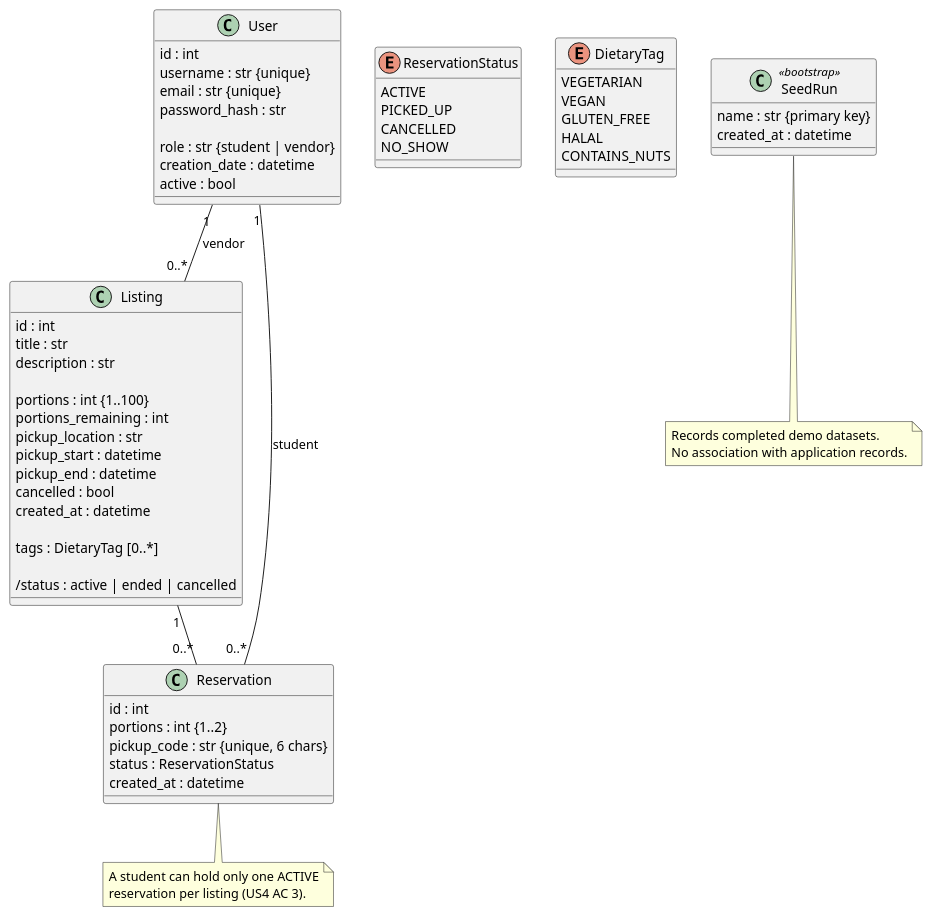
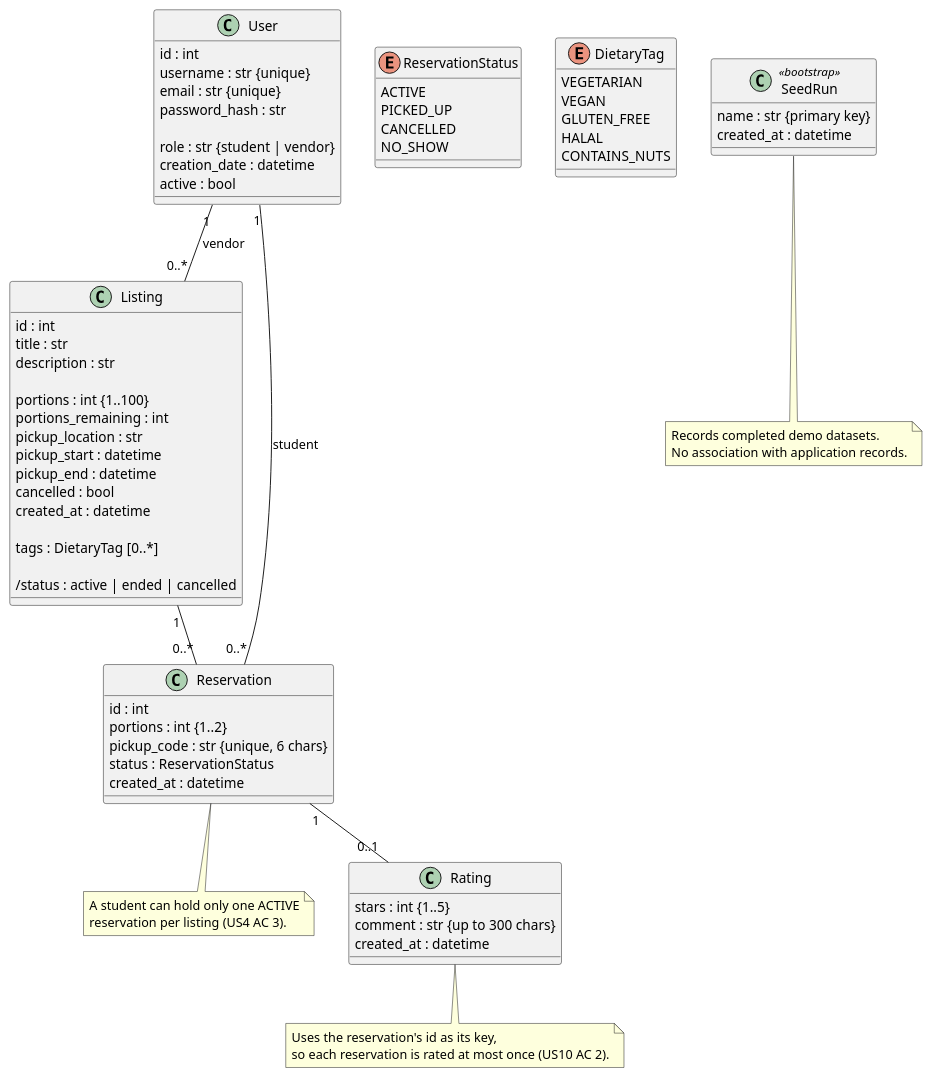
One commit to xsoul279/TeamLeftOutCampusEats changed the diagram in uml/class.wsd. Above: the diagram before and after it, drawn with PlantUML.

Commit message:
Add Rating to the class diagram for US10

```diff
--- a/uml/class.wsd
+++ b/uml/class.wsd
@@ -1,93 +1,109 @@
 @startuml class
 
 ' ========== KEY ==========
 ' Numbers on the lines (how many):
 '   1      = exactly one
 '   0..1   = none or one
 '   0..*   = none, one, or a bunch (any amount)
 '   1..*   = at least one
 
 class User {
     id : int
     username : str {unique}
     email : str {unique}
     password_hash : str
 
     ' role is saved as plain text, either "student" or "vendor"
     role : str {student | vendor}
     creation_date : datetime
     active : bool
 }
 
 class Listing {
     id : int
     title : str
     description : str
 
     ' {1..100} = has to be between 1 and 100
     portions : int {1..100}
     portions_remaining : int
     pickup_location : str
     pickup_start : datetime
     pickup_end : datetime
     cancelled : bool
     created_at : datetime
 
     ' [0..*] = zero or more tags. A listing can have none, one, or a bunch.
     tags : DietaryTag [0..*]
 
     ' The / means we calculate this
     ' Cancelled? -> cancelled. Past pickup_end? -> ended. Otherwise -> active.
     /status : active | ended | cancelled
 }
 
 ' No vendor or student fields in here. The lines at the bottom handle that.
 class Reservation {
     id : int
     portions : int {1..2}
     pickup_code : str {unique, 6 chars}
     status : ReservationStatus
     created_at : datetime
 }
 
 ' "enum" = fixed list of options
 enum ReservationStatus {
     ACTIVE
     PICKED_UP
     CANCELLED
     NO_SHOW
 }
 
 enum DietaryTag {
     VEGETARIAN
     VEGAN
     GLUTEN_FREE
     HALAL
     CONTAINS_NUTS
 }
 
 ' One User has 0..* Listings. One Listing has 1 User (the vendor).
 User "1" -- "0..*" Listing : vendor
 
 ' One User has 0..* Reservations. One Reservation has 1 User (the student).
 User "1" -- "0..*" Reservation : student
 
 ' One Listing has 0..* Reservations. One Reservation has 1 Listing.
 Listing "1" -- "0..*" Reservation
 
 note bottom of Reservation
   A student can hold only one ACTIVE
   reservation per listing (US4 AC 3).
 end note
 
+' US10: a student rates a picked-up reservation once.
+class Rating {
+    ' {1..5} = has to be between 1 and 5
+    stars : int {1..5}
+    comment : str {up to 300 chars}
+    created_at : datetime
+}
+
+' One Reservation has 0..1 Ratings. One Rating has 1 Reservation.
+Reservation "1" -- "0..1" Rating
+
+note bottom of Rating
+  Uses the reservation's id as its key,
+  so each reservation is rated at most once (US10 AC 2).
+end note
+
 class SeedRun <<bootstrap>> {
     name : str {primary key}
     created_at : datetime
 }
 
 note bottom of SeedRun
   Records completed demo datasets.
   No association with application records.
 end note
 
 @enduml
```
